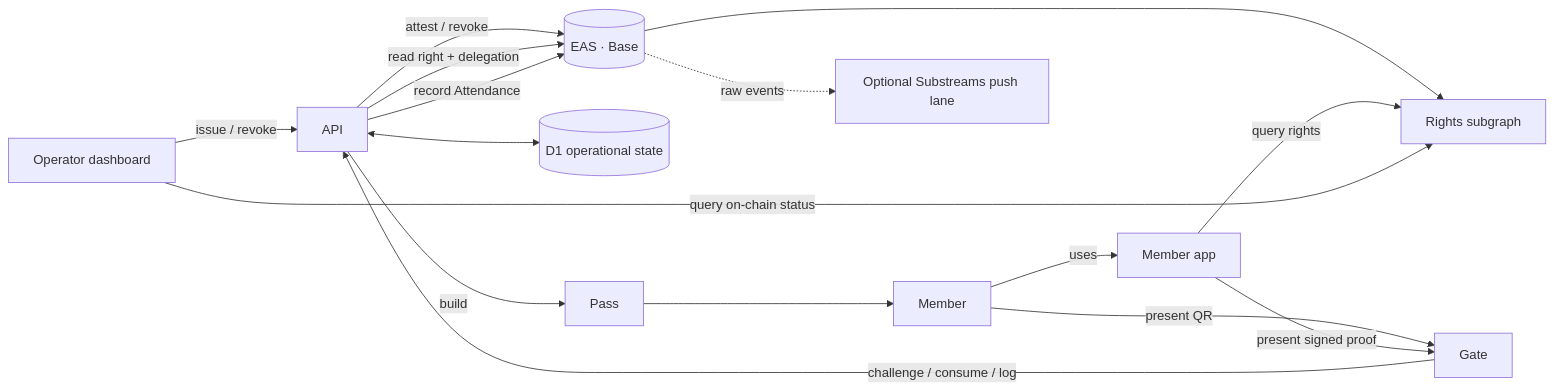
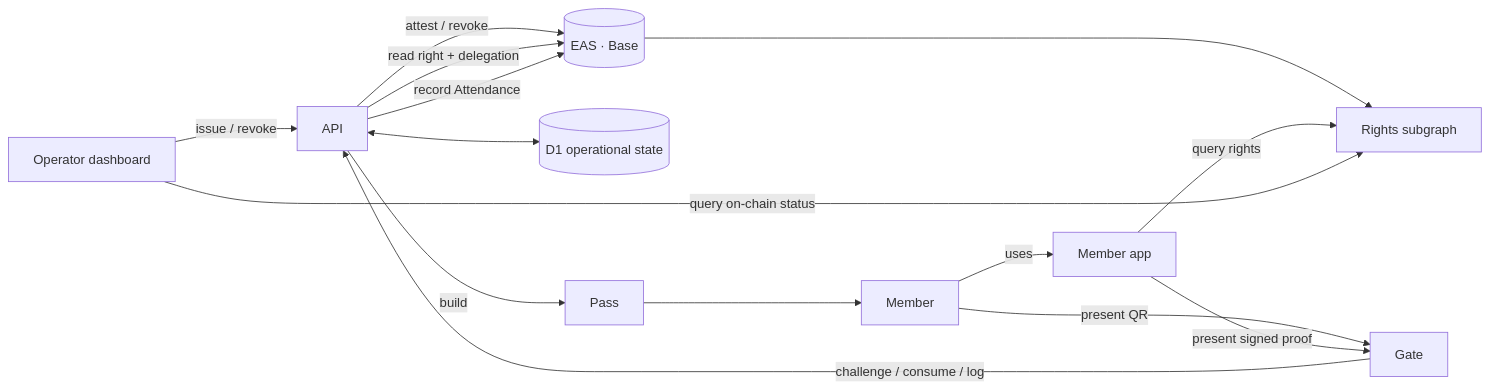
The diagram in docs/architecture.md (oboroxyz/fuda-sh), drawn with Mermaid before and after one commit. The commit also changed other lines of this file and 180 other files, not shown here.

````diff
--- a/docs/architecture.md
+++ b/docs/architecture.md
@@ -5,18 +5,17 @@
 ```mermaid
 flowchart LR
     D[Operator dashboard] -->|issue / revoke| API[API]
     API -->|attest / revoke| EAS[(EAS · Base)]
     API <--> D1[(D1 operational state)]
     API -->|build| P[Pass]
     P --> M[Member]
     M -->|present QR| G[Gate]
     M -->|uses| A[Member app]
     A -->|present signed proof| G
     EAS --> Q[Rights subgraph]
     A -->|query rights| Q
     D -->|query on-chain status| Q
-    EAS -. raw events .-> S[Optional Substreams push lane]
     API -->|read right + delegation| EAS
     G -->|challenge / consume / log| API
     API -->|record Attendance| EAS
 ```
````
